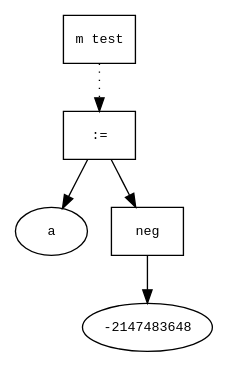
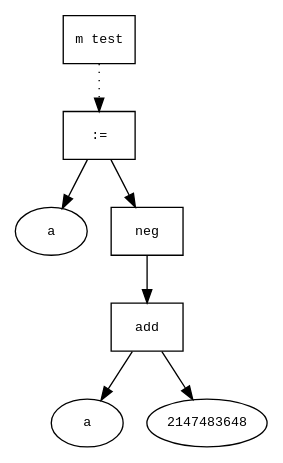
Before and after one commit to amoretspero/snuplc: the diagram in test01.mod.ast.dot, drawn with Graphviz. The commit also changed 20 other files, not shown here.

```diff
--- a/test01.mod.ast.dot
+++ b/test01.mod.ast.dot
@@ -1,15 +1,19 @@
 digraph AST {
   graph [fontname="Times New Roman",fontsize=10];
   node  [fontname="Courier New",fontsize=10];
   edge  [fontname="Times New Roman",fontsize=10];
 
   node0 [label="m test",shape=box];
-  node4 [label=":=",shape=box];
+  node6 [label=":=",shape=box];
   node1 [label="a",shape=ellipse];
-  node4->node1;
-  node3 [label="neg",shape=box];
-  node2 [label="-2147483648",shape=ellipse];
-  node3->node2;
+  node6->node1;
+  node5 [label="neg",shape=box];
+  node4 [label="add",shape=box];
+  node2 [label="a",shape=ellipse];
+  node4->node2;
+  node3 [label="2147483648",shape=ellipse];
   node4->node3;
-  node0 -> node4 [style=dotted];
+  node5->node4;
+  node6->node5;
+  node0 -> node6 [style=dotted];
 }
```
